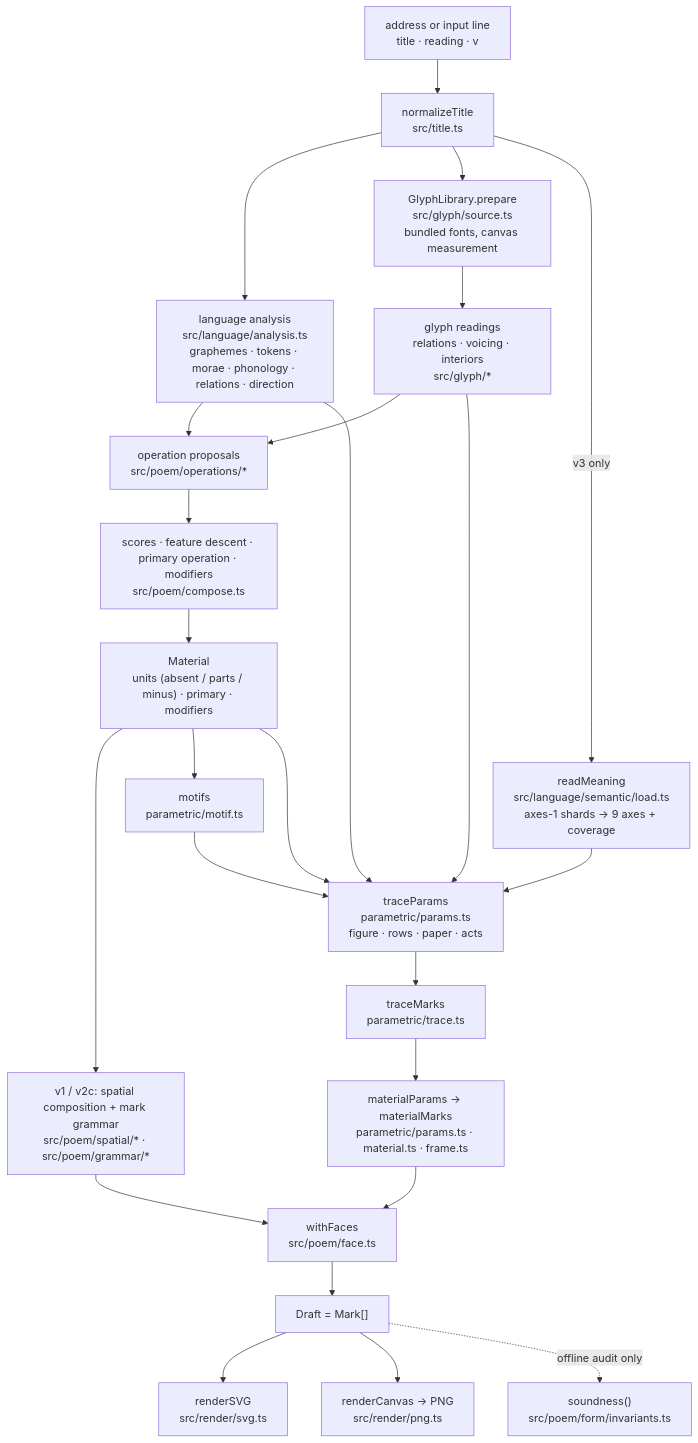
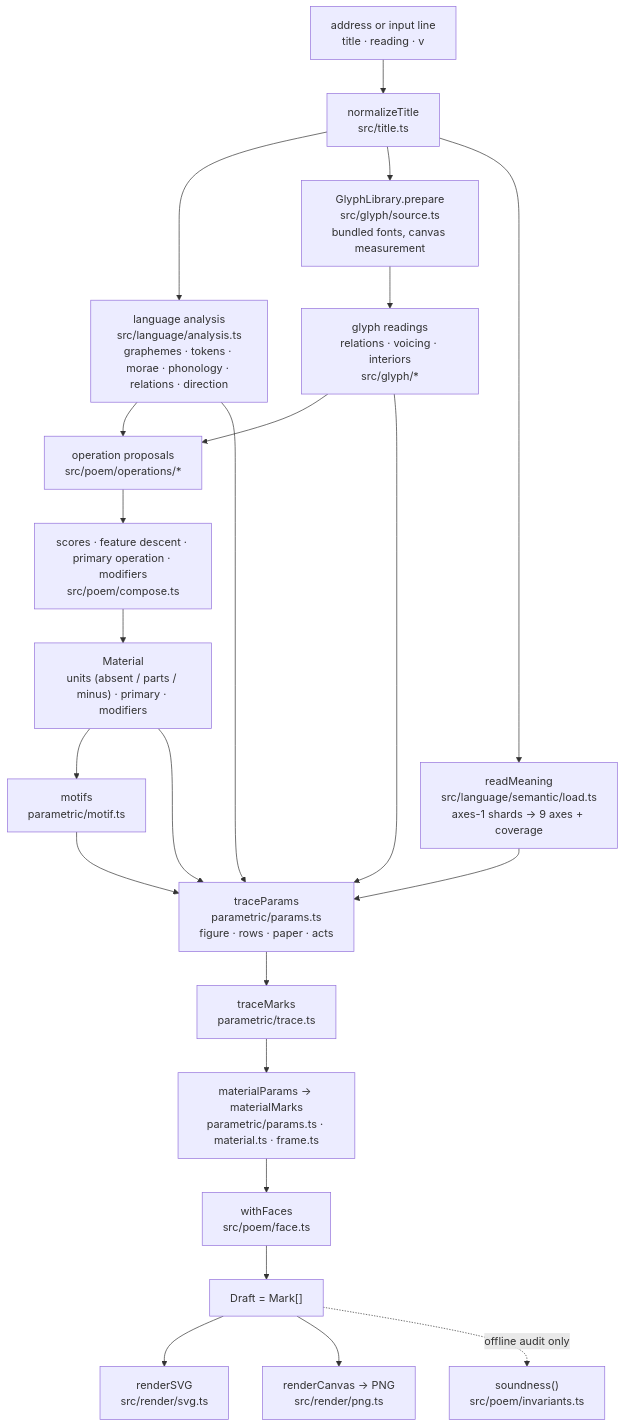
Before and after one commit to endoftheyukky/kotoba-no-katachi: the diagram in docs/architecture.md, drawn with Mermaid. The commit also changed other lines of this file and 124 other files, not shown here.

````diff
--- a/docs/architecture.md
+++ b/docs/architecture.md
@@ -13,29 +13,26 @@
 ```mermaid
 flowchart TD
   ADDR["address or input line<br/>title · reading · v"] --> NT["normalizeTitle<br/>src/title.ts"]
   NT --> LA["language analysis<br/>src/language/analysis.ts<br/>graphemes · tokens · morae · phonology · relations · direction"]
   NT --> GL["GlyphLibrary.prepare<br/>src/glyph/source.ts<br/>bundled fonts, canvas measurement"]
   GL --> GR["glyph readings<br/>relations · voicing · interiors<br/>src/glyph/*"]
   LA --> PROP["operation proposals<br/>src/poem/operations/*"]
   GR --> PROP
   PROP --> DESC["scores · feature descent · primary operation · modifiers<br/>src/poem/compose.ts"]
   DESC --> MAT["Material<br/>units (absent / parts / minus) · primary · modifiers"]
 
-  MAT --> V12["v1 / v2c: spatial composition + mark grammar<br/>src/poem/spatial/* · src/poem/grammar/*"]
-
-  NT -->|"v3 only"| MEAN["readMeaning<br/>src/language/semantic/load.ts<br/>axes-1 shards → 9 axes + coverage"]
+  NT --> MEAN["readMeaning<br/>src/language/semantic/load.ts<br/>axes-1 shards → 9 axes + coverage"]
   MAT --> MOT["motifs<br/>parametric/motif.ts"]
   MAT --> TP
   LA --> TP
   GR --> TP
   MOT --> TP["traceParams<br/>parametric/params.ts<br/>figure · rows · paper · acts"]
   MEAN --> TP
   TP --> TM["traceMarks<br/>parametric/trace.ts"]
   TM --> MM["materialParams → materialMarks<br/>parametric/params.ts · material.ts · frame.ts"]
   MM --> FACE["withFaces<br/>src/poem/face.ts"]
-  V12 --> FACE
   FACE --> DRAFT["Draft = Mark[]"]
   DRAFT --> SVG["renderSVG<br/>src/render/svg.ts"]
   DRAFT --> PNG["renderCanvas → PNG<br/>src/render/png.ts"]
-  DRAFT -.->|offline audit only| INV["soundness()<br/>src/poem/form/invariants.ts"]
+  DRAFT -.->|offline audit only| INV["soundness()<br/>src/poem/invariants.ts"]
 ```
````
